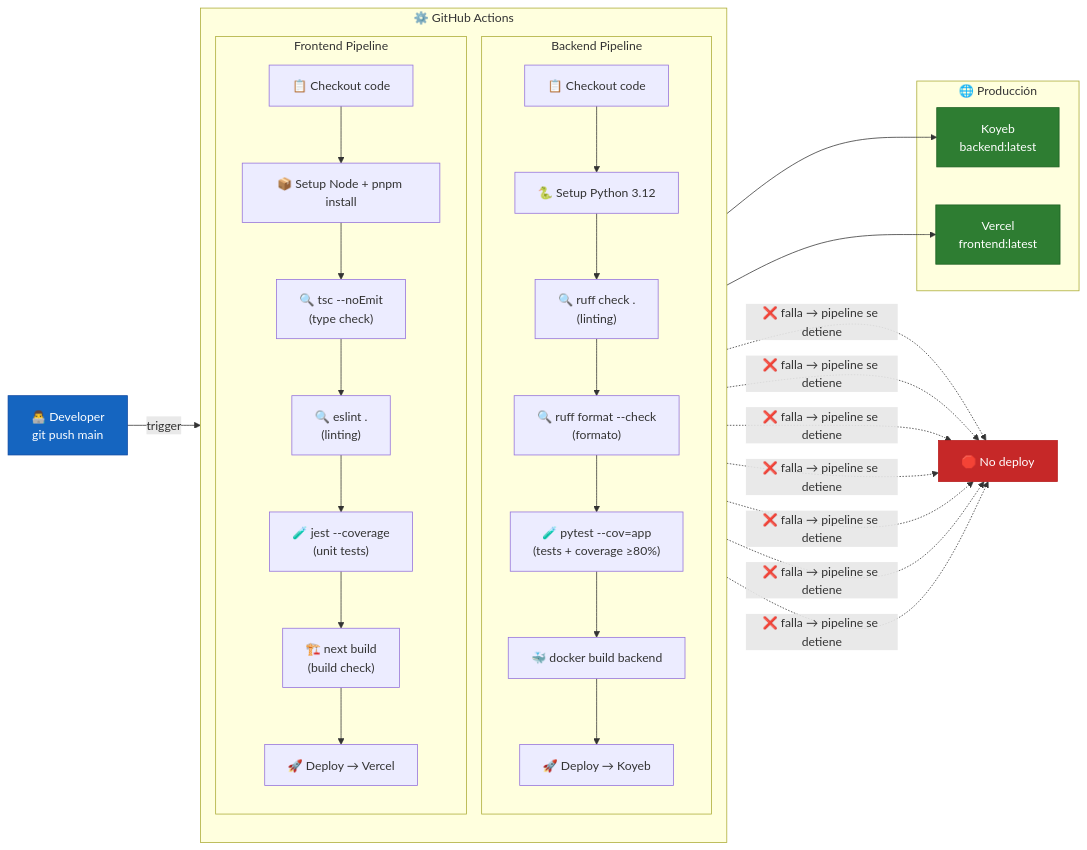
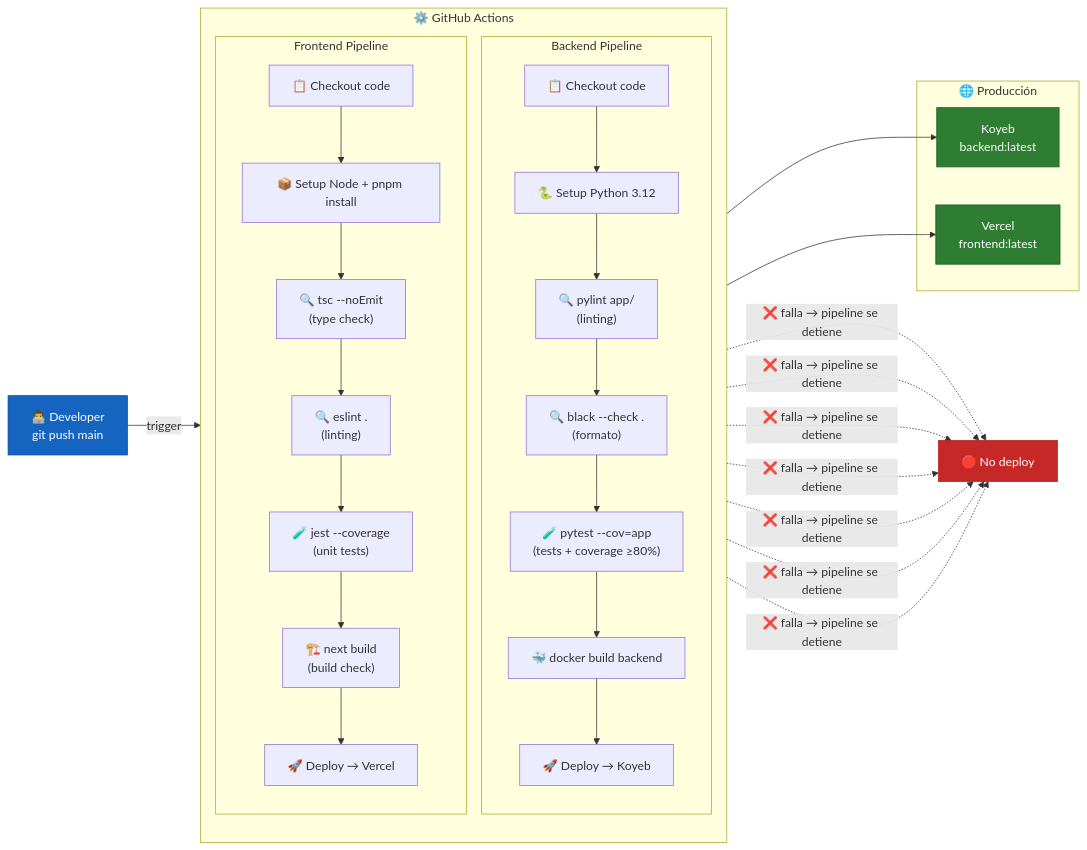
The fifth of 5 diagrams in docs/architecture.md (jpastor1649/ecommerce-project), drawn with Mermaid before and after one commit. The commit also changed other lines of this file and 1 other file, not shown here.

Commit message:
docs: replace Ruff references with Black/Pylint in architecture and requirements docs

````diff
--- a/docs/architecture.md
+++ b/docs/architecture.md
@@ -292,51 +292,51 @@
 ```mermaid
 graph LR
     DEV["👨‍💻 Developer<br/>git push main"]
 
     subgraph GHA["⚙️ GitHub Actions"]
         direction TB
 
         subgraph BACKEND_PIPE["Backend Pipeline"]
             B1["📋 Checkout code"]
             B2["🐍 Setup Python 3.12"]
-            B3["🔍 ruff check .<br/>(linting)"]
-            B4["🔍 ruff format --check<br/>(formato)"]
+            B3["🔍 pylint app/<br/>(linting)"]
+            B4["🔍 black --check .<br/>(formato)"]
             B5["🧪 pytest --cov=app<br/>(tests + coverage ≥80%)"]
             B6["🐳 docker build backend"]
             B7["🚀 Deploy → Koyeb"]
             B1-->B2-->B3-->B4-->B5-->B6-->B7
         end
 
         subgraph FRONTEND_PIPE["Frontend Pipeline"]
             F1["📋 Checkout code"]
             F2["📦 Setup Node + pnpm install"]
             F3["🔍 tsc --noEmit<br/>(type check)"]
             F4["🔍 eslint .<br/>(linting)"]
             F5["🧪 jest --coverage<br/>(unit tests)"]
             F6["🏗️ next build<br/>(build check)"]
             F7["🚀 Deploy → Vercel"]
             F1-->F2-->F3-->F4-->F5-->F6-->F7
         end
     end
 
     subgraph PROD["🌐 Producción"]
         KOYEB["Koyeb<br/>backend:latest"]
         VERCEL_P["Vercel<br/>frontend:latest"]
     end
 
     DEV -->|"trigger"| GHA
     B7 --> KOYEB
     F7 --> VERCEL_P
 
     %% Si algo falla, no se deploya
     B3 & B4 & B5 -.->|"❌ falla → pipeline se detiene"| STOP["🛑 No deploy"]
     F3 & F4 & F5 & F6 -.->|"❌ falla → pipeline se detiene"| STOP
 
     classDef success fill:#2e7d32,stroke:#1b5e20,color:#fff
     classDef fail fill:#c62828,stroke:#b71c1c,color:#fff
     classDef neutral fill:#1565c0,stroke:#0d47a1,color:#fff
 
     class KOYEB,VERCEL_P success
     class STOP fail
     class DEV neutral
 ```
````
